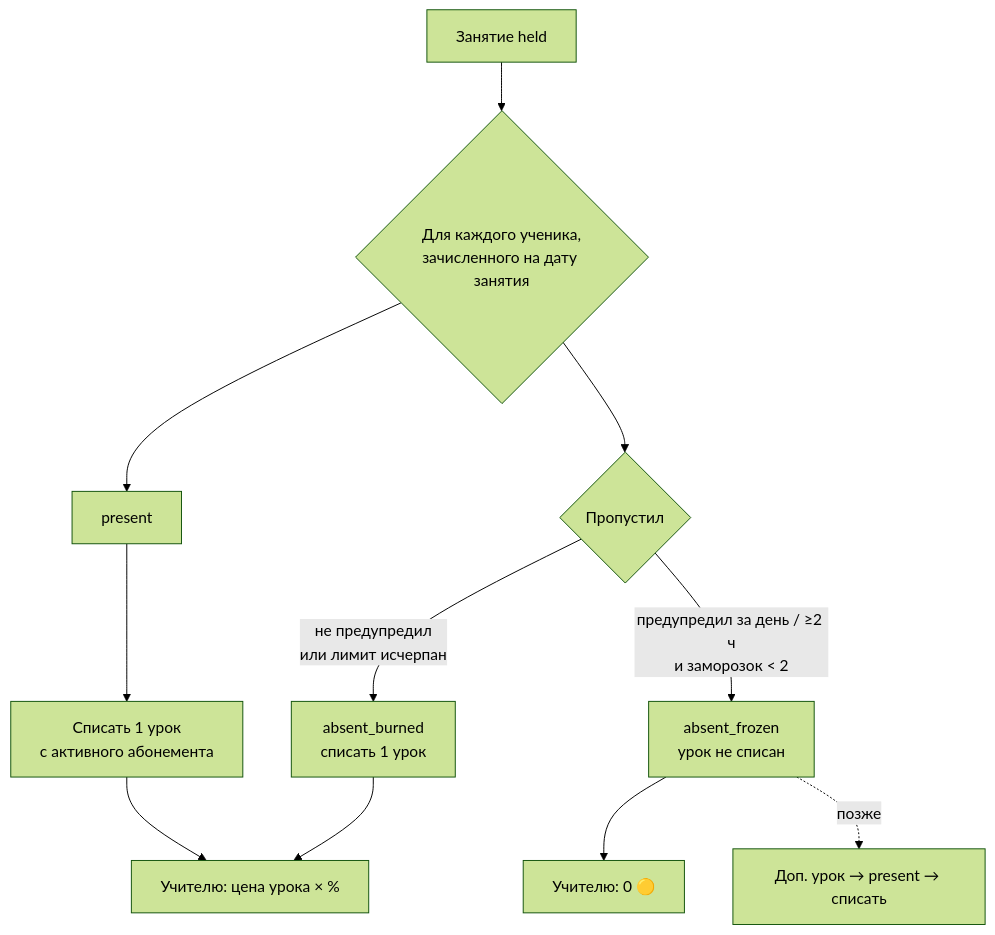
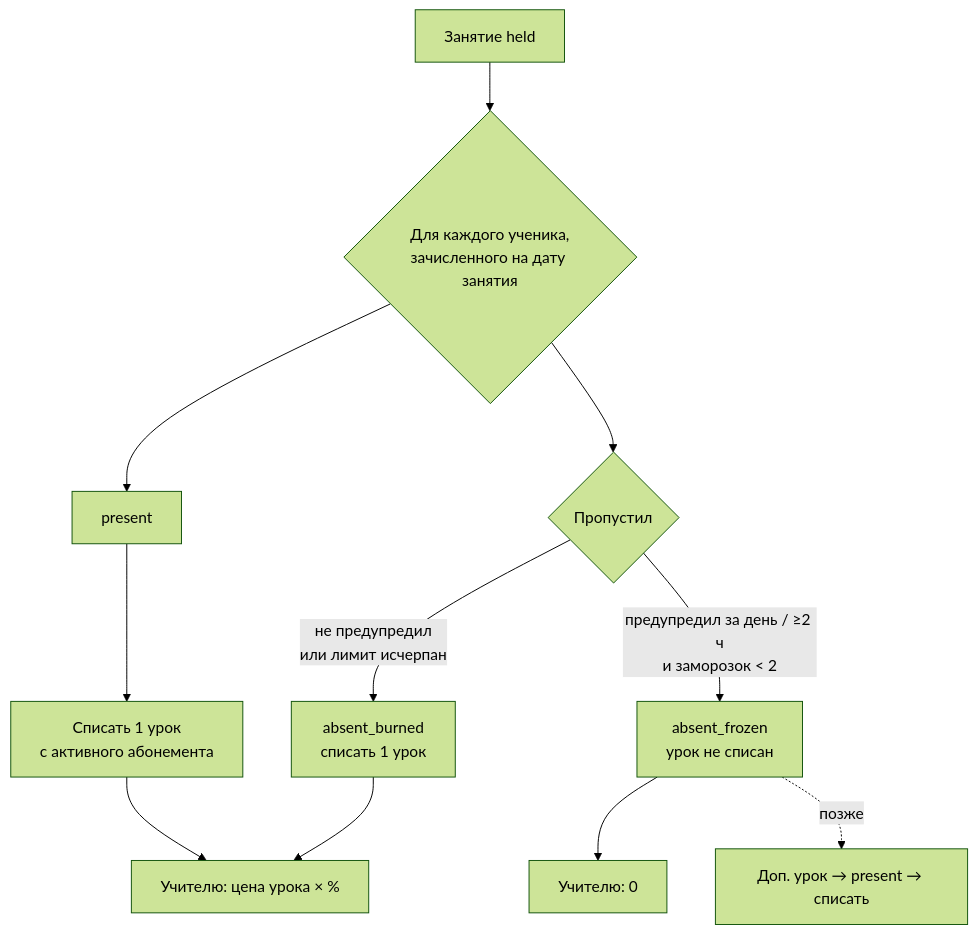
Before and after one commit to Saitama7/iqup-tracker: the third of 3 diagrams in docs/01-domain-model.md, drawn with Mermaid (forest theme). The commit also changed other lines of this file and 3 other files, not shown here.

````diff
--- a/docs/01-domain-model.md
+++ b/docs/01-domain-model.md
@@ -240,12 +240,12 @@
 ```mermaid
 flowchart TD
     L[Занятие held] --> E{Для каждого ученика,<br/>зачисленного на дату занятия}
     E --> P[present] --> C1[Списать 1 урок<br/>с активного абонемента]
     E --> A{Пропустил}
     A -->|предупредил за день / ≥2 ч<br/>и заморозок < 2| F[absent_frozen<br/>урок не списан]
     A -->|не предупредил<br/>или лимит исчерпан| B[absent_burned<br/>списать 1 урок]
     C1 --> T[Учителю: цена урока × %]
     B --> T
-    F --> N[Учителю: 0 🟡]
+    F --> N[Учителю: 0]
     F -.->|позже| X[Доп. урок → present → списать]
 ```
````
